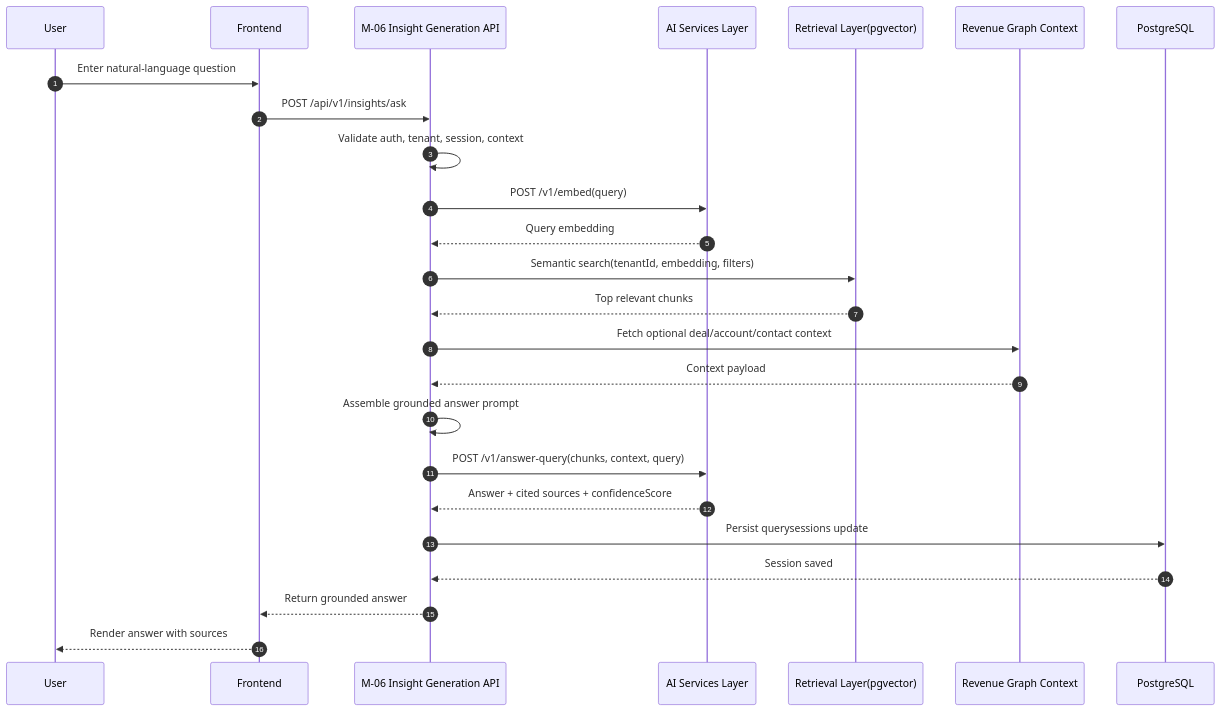
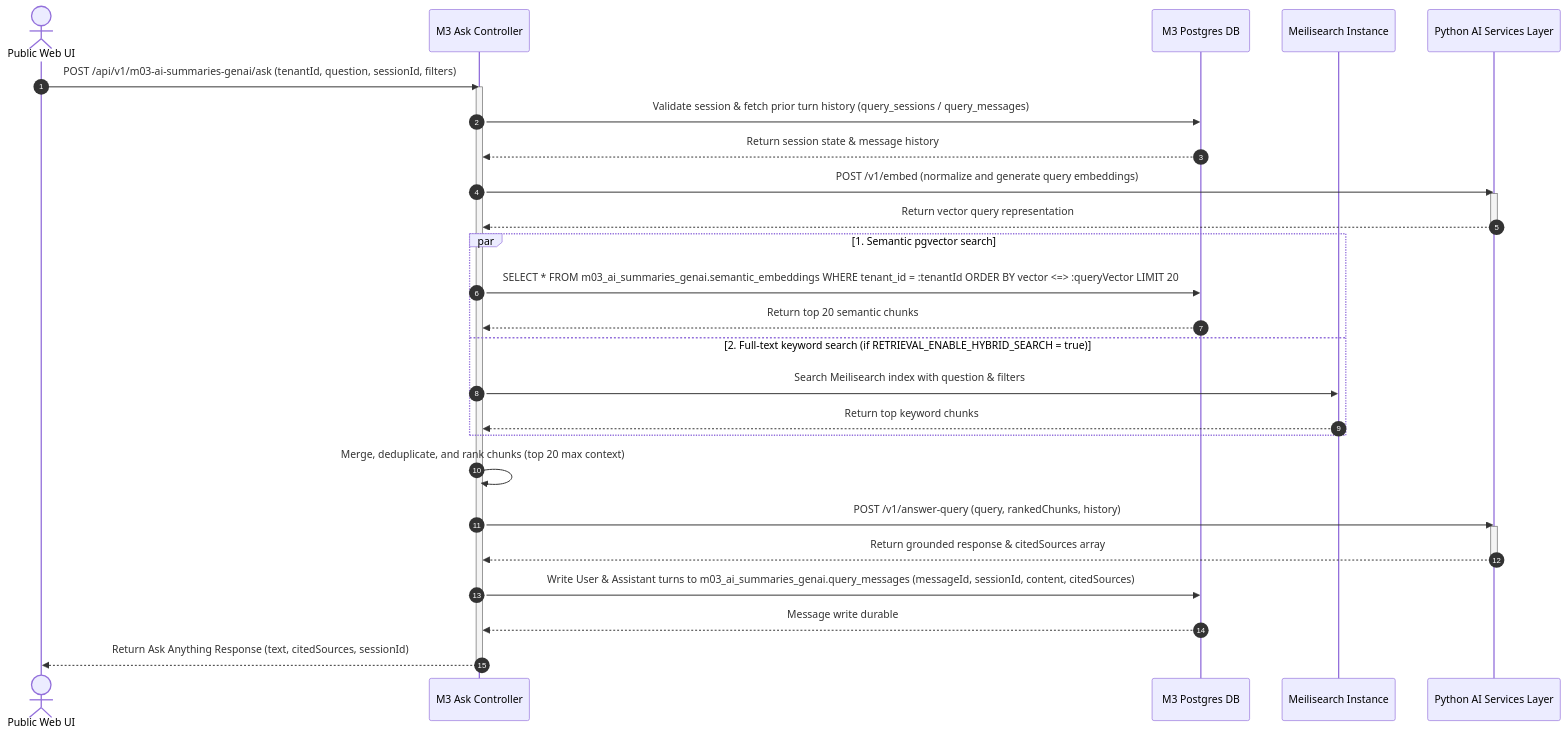
The second of 5 diagrams in Reference documents/M3 AI Summaries & GenAI/M3 Sequence Diagrams.md (PoojaTiwari09/FB-and-RP-Fixes), drawn with Mermaid before and after one commit. The commit also changed other lines of this file and 79 other files, not shown here.

````diff
--- a/Reference documents/M3 AI Summaries & GenAI/M3 Sequence Diagrams.md
+++ b/Reference documents/M3 AI Summaries & GenAI/M3 Sequence Diagrams.md
@@ -199,34 +60,39 @@
 ```mermaid
 sequenceDiagram
     autonumber
-    participant U as User
-    participant FE as Frontend
-    participant M06 as M-06 Insight Generation API
-    participant AI as AI Services Layer
-    participant VS as Retrieval Layer(pgvector)
-    participant RG as Revenue Graph Context
-    participant DB as PostgreSQL
+    actor User as Public Web UI
+    participant M3_Ctrl as M3 Ask Controller
+    participant M3_DB as M3 Postgres DB
+    participant Meili as Meilisearch Instance
+    participant AI_Svc as Python AI Services Layer
 
-    U->>FE: Enter natural-language question
-    FE->>M06: POST /api/v1/insights/ask
+    User->>M3_Ctrl: POST /api/v1/m03-ai-summaries-genai/ask (tenantId, question, sessionId, filters)
+    activate M3_Ctrl
+    M3_Ctrl->>M3_DB: Validate session & fetch prior turn history (query_sessions / query_messages)
+    M3_DB-->>M3_Ctrl: Return session state & message history
 
-    M06->>M06: Validate auth, tenant, session, context
-    M06->>AI: POST /v1/embed(query)
-    AI-->>M06: Query embedding
+    M3_Ctrl->>AI_Svc: POST /v1/embed (normalize and generate query embeddings)
+    activate AI_Svc
+    AI_Svc-->>M3_Ctrl: Return vector query representation
+    deactivate AI_Svc
 
-    M06->>VS: Semantic search(tenantId, embedding, filters)
-    VS-->>M06: Top relevant chunks
+    par 1. Semantic pgvector search
+        M3_Ctrl->>M3_DB: SELECT * FROM m03_ai_summaries_genai.semantic_embeddings WHERE tenant_id = :tenantId ORDER BY vector <=> :queryVector LIMIT 20
+        M3_DB-->>M3_Ctrl: Return top 20 semantic chunks
+    and 2. Full-text keyword search (if RETRIEVAL_ENABLE_HYBRID_SEARCH = true)
+        M3_Ctrl->>Meili: Search Meilisearch index with question & filters
+        Meili-->>M3_Ctrl: Return top keyword chunks
+    end
 
-    M06->>RG: Fetch optional deal/account/contact context
-    RG-->>M06: Context payload
+    M3_Ctrl->>M3_Ctrl: Merge, deduplicate, and rank chunks (top 20 max context)
+    M3_Ctrl->>AI_Svc: POST /v1/answer-query (query, rankedChunks, history)
+    activate AI_Svc
+    AI_Svc-->>M3_Ctrl: Return grounded response & citedSources array
+    deactivate AI_Svc
 
-    M06->>M06: Assemble grounded answer prompt
-    M06->>AI: POST /v1/answer-query(chunks, context, query)
-    AI-->>M06: Answer + cited sources + confidenceScore
+    M3_Ctrl->>M3_DB: Write User & Assistant turns to m03_ai_summaries_genai.query_messages (messageId, sessionId, content, citedSources)
+    M3_DB-->>M3_Ctrl: Message write durable
 
-    M06->>DB: Persist querysessions update
-    DB-->>M06: Session saved
-
-    M06-->>FE: Return grounded answer
-    FE-->>U: Render answer with sources
+    M3_Ctrl-->>User: Return Ask Anything Response (text, citedSources, sessionId)
+    deactivate M3_Ctrl
 ```
````
